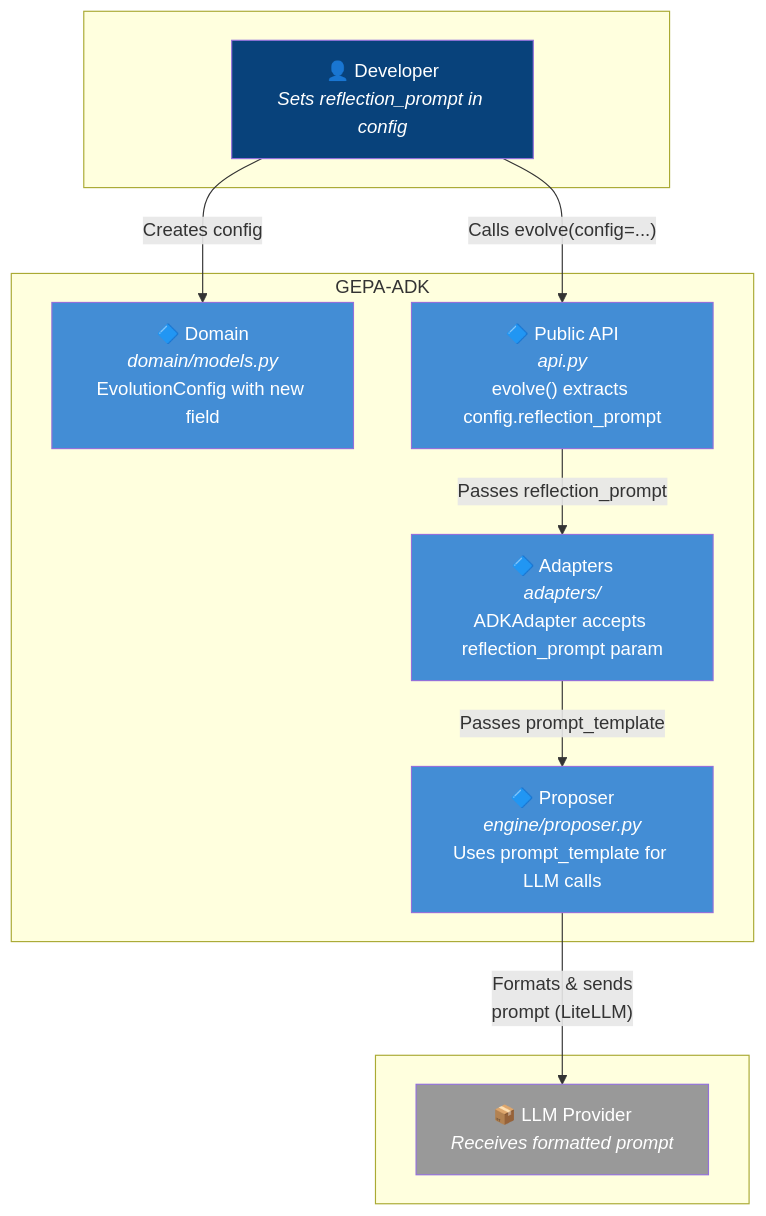
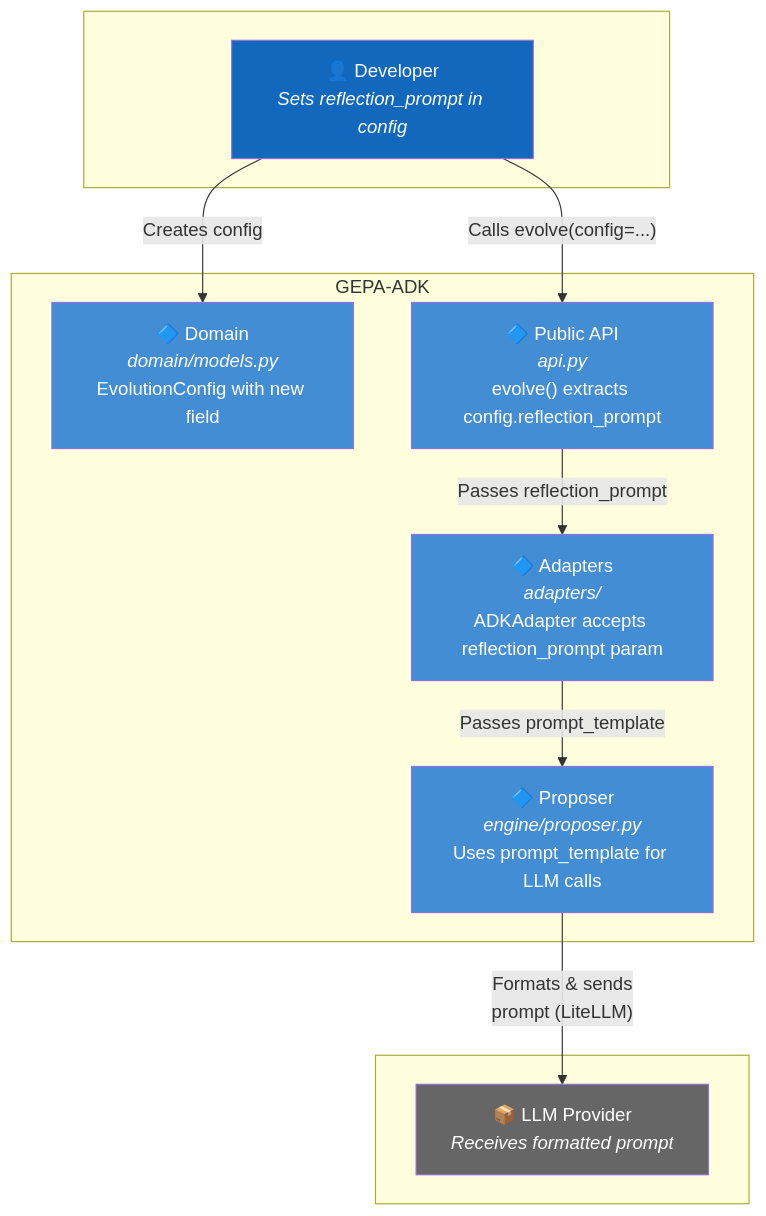
One commit to Alberto-Codes/gepa-adk changed the second of 9 diagrams in specs/032-reflection-prompt-config/architecture.md. Above: the diagram before and after it, drawn with Mermaid. The commit also changed other lines of this file, not shown here.

Commit message:
feat(spec): update color styles in architecture diagrams for improved visibility

````diff
--- a/specs/032-reflection-prompt-config/architecture.md
+++ b/specs/032-reflection-prompt-config/architecture.md
@@ -82,30 +82,30 @@
 ```mermaid
 flowchart TB
     subgraph Actors[" "]
         user["👤 Developer<br/><i>Sets reflection_prompt in config</i>"]
     end
 
     subgraph GEPA["GEPA-ADK"]
         domain["🔷 Domain<br/><i>domain/models.py</i><br/>EvolutionConfig with new field"]
         api["🔷 Public API<br/><i>api.py</i><br/>evolve() extracts config.reflection_prompt"]
         adapters["🔷 Adapters<br/><i>adapters/</i><br/>ADKAdapter accepts reflection_prompt param"]
         proposer["🔷 Proposer<br/><i>engine/proposer.py</i><br/>Uses prompt_template for LLM calls"]
     end
 
     subgraph External[" "]
         llm["📦 LLM Provider<br/><i>Receives formatted prompt</i>"]
     end
 
     user -->|"Creates config"| domain
     user -->|"Calls evolve(config=...)"| api
     api -->|"Passes reflection_prompt"| adapters
     adapters -->|"Passes prompt_template"| proposer
     proposer -->|"Formats & sends<br/>prompt (LiteLLM)"| llm
 
     style domain fill:#438DD5,color:#fff
     style api fill:#438DD5,color:#fff
     style adapters fill:#438DD5,color:#fff
     style proposer fill:#438DD5,color:#fff
-    style llm fill:#999,color:#fff
-    style user fill:#08427B,color:#fff
+    style llm fill:#666666,color:#fff
+    style user fill:#1168BD,color:#fff
 ```
````
